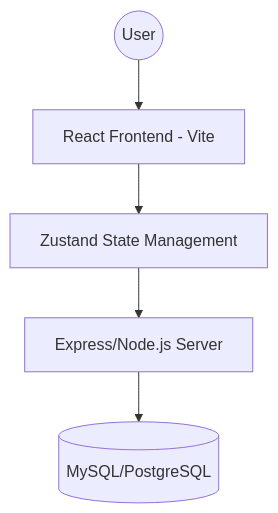
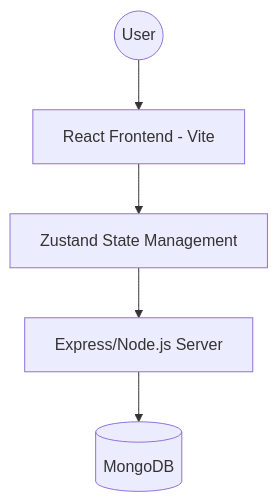
One commit to VC-OF/KairiX changed the diagram in doc/HLD.md. Above: the diagram before and after it, drawn with Mermaid. The commit also changed other lines of this file and 23 other files, not shown here.

````diff
--- a/doc/HLD.md
+++ b/doc/HLD.md
@@ -7,13 +7,13 @@
 ```mermaid
 graph TD
     User((User))
     Web[React Frontend - Vite]
     API[Express/Node.js Server]
-    DB[(MySQL/PostgreSQL)]
+    DB[(MongoDB)]
     State[Zustand State Management]
 
     User --> Web
     Web --> State
     State --> API
     API --> DB
 ```
````
